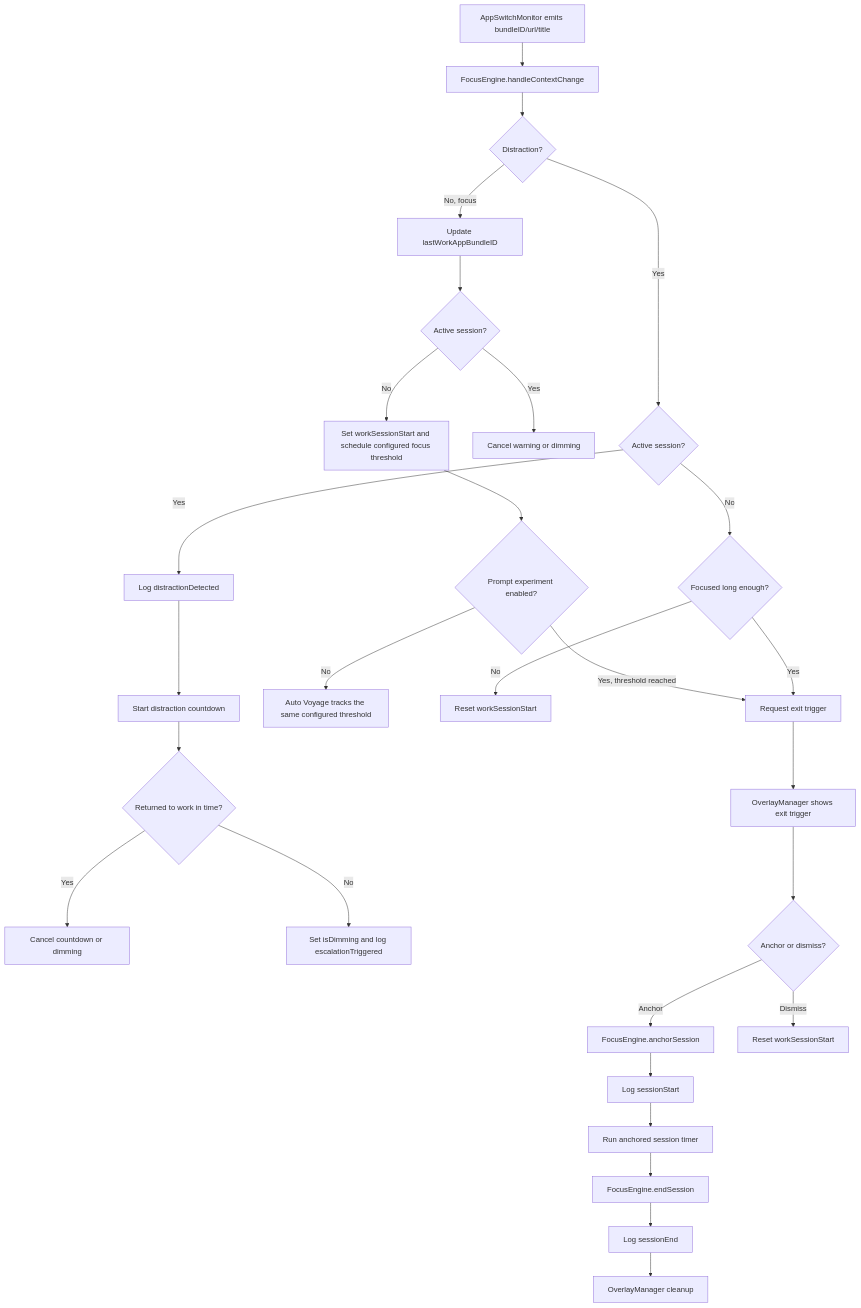
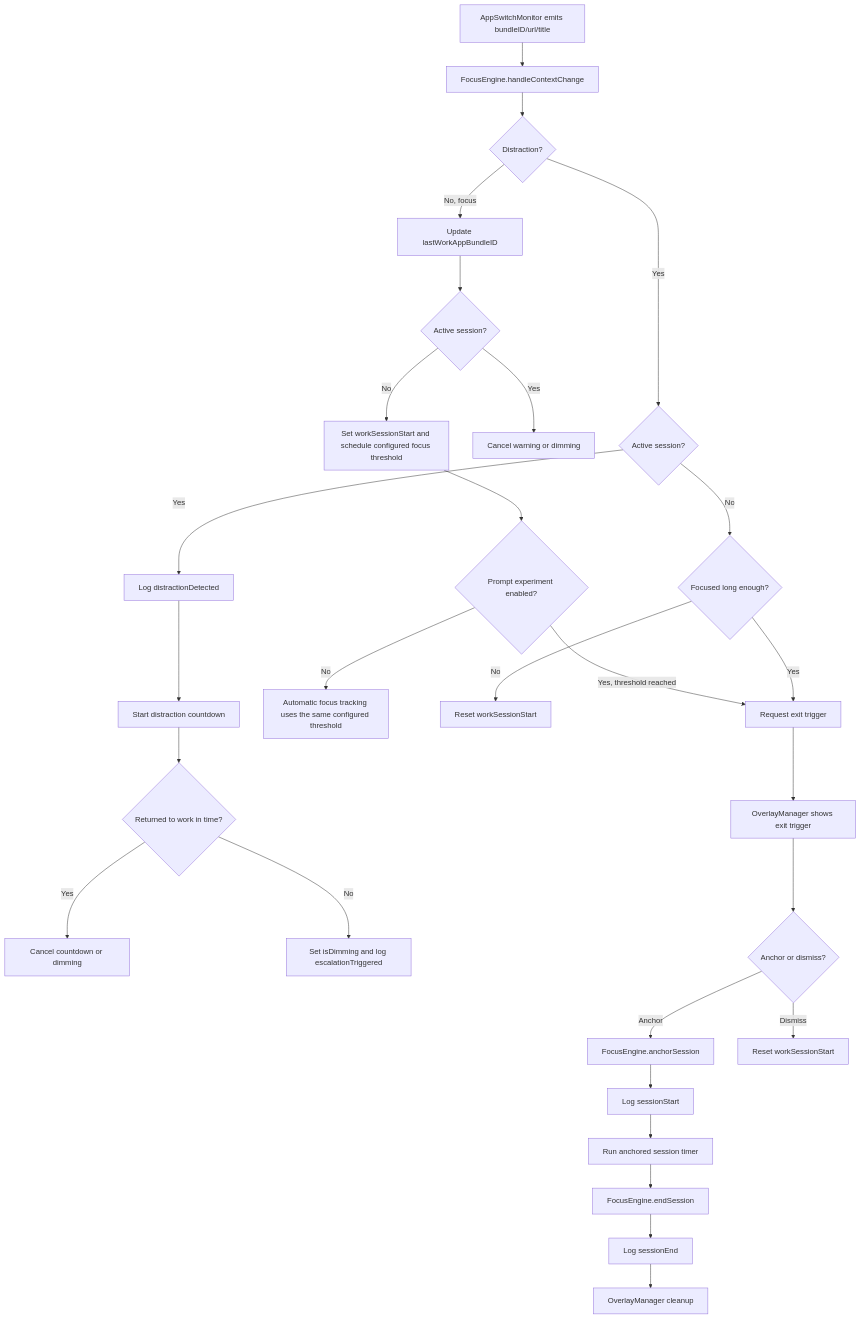
The second of 2 diagrams in docs/architecture/anchored-architecture.md (Varun-Chinthoju/Anchored), drawn with Mermaid before and after one commit. The commit also changed other lines of this file and 9 other files, not shown here.

````diff
--- a/docs/architecture/anchored-architecture.md
+++ b/docs/architecture/anchored-architecture.md
@@ -152,33 +155,33 @@
 ```mermaid
 flowchart TD
     A[AppSwitchMonitor emits bundleID/url/title] --> B[FocusEngine.handleContextChange]
     B --> C{Distraction?}
     C -- No, focus --> D[Update lastWorkAppBundleID]
     D --> E{Active session?}
     E -- No --> F[Set workSessionStart and schedule configured focus threshold]
     E -- Yes --> G[Cancel warning or dimming]
     F --> Z{Prompt experiment enabled?}
     Z -- Yes, threshold reached --> K[Request focus confirmation]
-    Z -- No --> AA[Auto Voyage tracks the same configured threshold]
+    Z -- No --> AA[Automatic focus tracking uses the same configured threshold]
 
     C -- Yes --> H{Active session?}
     H -- No --> I{Focused long enough?}
     I -- No --> J[Reset workSessionStart]
     I -- Yes --> K[Request exit trigger]
     H -- Yes --> L[Log distractionDetected]
     L --> M[Start distraction countdown]
     M --> N{Returned to work in time?}
     N -- Yes --> O[Cancel countdown or dimming]
     N -- No --> P[Set isDimming and log escalationTriggered]
 
     K --> Q[OverlayManager shows exit trigger]
     Q --> R{Anchor or dismiss?}
     R -- Anchor --> S[FocusEngine.anchorSession]
     R -- Dismiss --> T[Reset workSessionStart]
 
     S --> U[Log sessionStart]
     U --> V[Run anchored session timer]
     V --> W[FocusEngine.endSession]
     W --> X[Log sessionEnd]
     X --> Y[OverlayManager cleanup]
 ```
````
